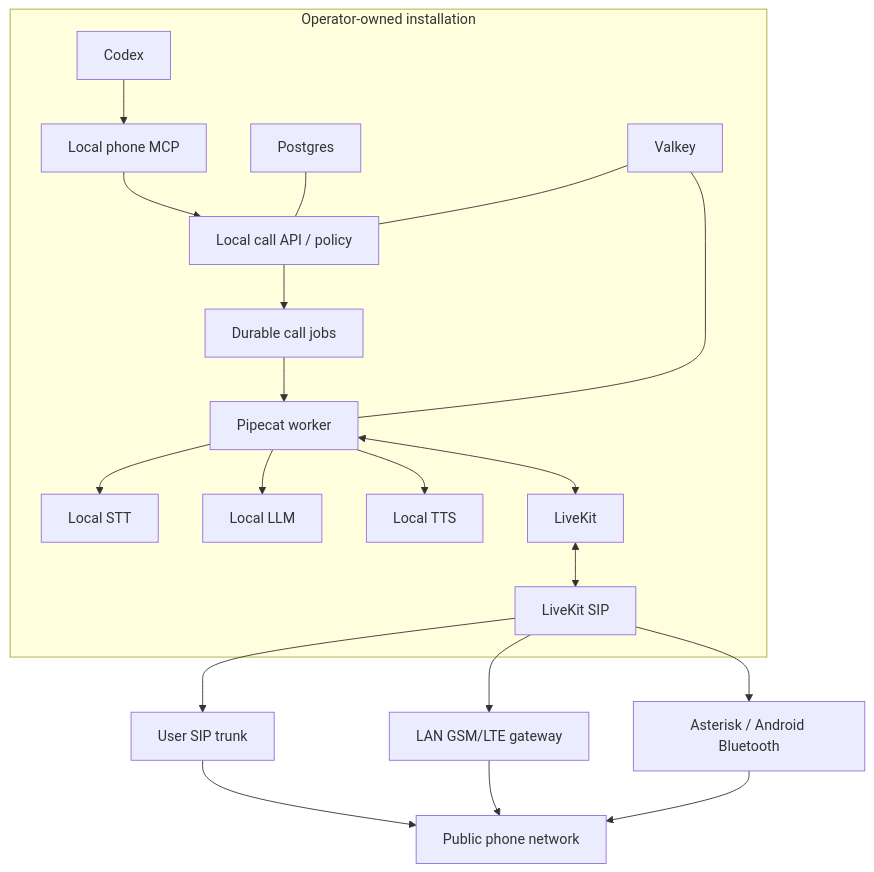
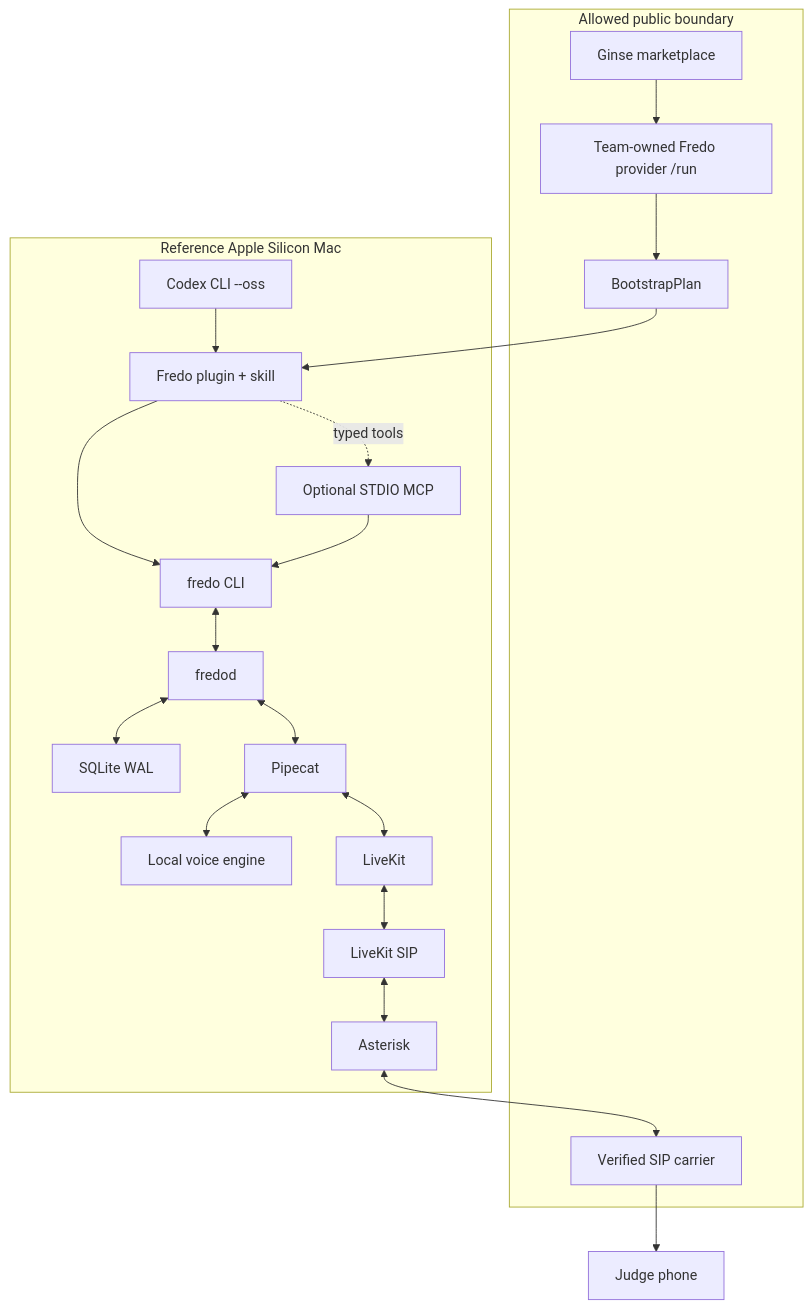
Before and after one commit to Caezarr/42hackathon: the first of 2 diagrams in docs/ARCHITECTURE.md, drawn with Mermaid. The commit also changed other lines of this file and 16 other files, not shown here.

Commit message:
Define Fredo's Ginse-first roadmap

````diff
--- a/docs/ARCHITECTURE.md
+++ b/docs/ARCHITECTURE.md
@@ -21,24 +17,41 @@
 ```mermaid
 flowchart TB
-    subgraph Operator["Operator-owned installation"]
-      C["Codex"] --> MCP["Local phone MCP"]
-      MCP --> API["Local call API / policy"]
-      API --> Q["Durable call jobs"]
-      Q --> W["Pipecat worker"]
-      W --> STT["Local STT"]
-      W --> LLM["Local LLM"]
-      W --> TTS["Local TTS"]
-      W <--> LK["LiveKit"]
-      LK <--> LKSIP["LiveKit SIP"]
-      DB["Postgres"] --- API
-      KV["Valkey"] --- API
-      KV --- W
+    subgraph Public["Allowed public boundary"]
+      G["Ginse marketplace"]
+      R["Team-owned Fredo provider /run"]
+      GP["BootstrapPlan"]
+      CARRIER["Verified SIP carrier"]
+      G --> R
+      R --> GP
     end
 
-    LKSIP --> T1["User SIP trunk"]
-    LKSIP --> T2["LAN GSM/LTE gateway"]
-    LKSIP --> AST["Asterisk / Android Bluetooth"]
-    T1 --> PSTN["Public phone network"]
-    T2 --> PSTN
-    AST --> PSTN
+    subgraph Mac["Reference Apple Silicon Mac"]
+      C["Codex CLI --oss"]
+      PL["Fredo plugin + skill"]
+      MCP["Optional STDIO MCP"]
+      CLI["fredo CLI"]
+      D["fredod"]
+      DB["SQLite WAL"]
+      P["Pipecat"]
+      AI["Local voice engine"]
+      LK["LiveKit"]
+      LKSIP["LiveKit SIP"]
+      AST["Asterisk"]
+
+      C --> PL
+      PL --> CLI
+      PL -. typed tools .-> MCP
+      MCP --> CLI
+      CLI <--> D
+      D <--> DB
+      D <--> P
+      P <--> AI
+      P <--> LK
+      LK <--> LKSIP
+      LKSIP <--> AST
+    end
+
+    GP --> PL
+    AST <--> CARRIER
+    CARRIER --> PHONE["Judge phone"]
 ```
````
